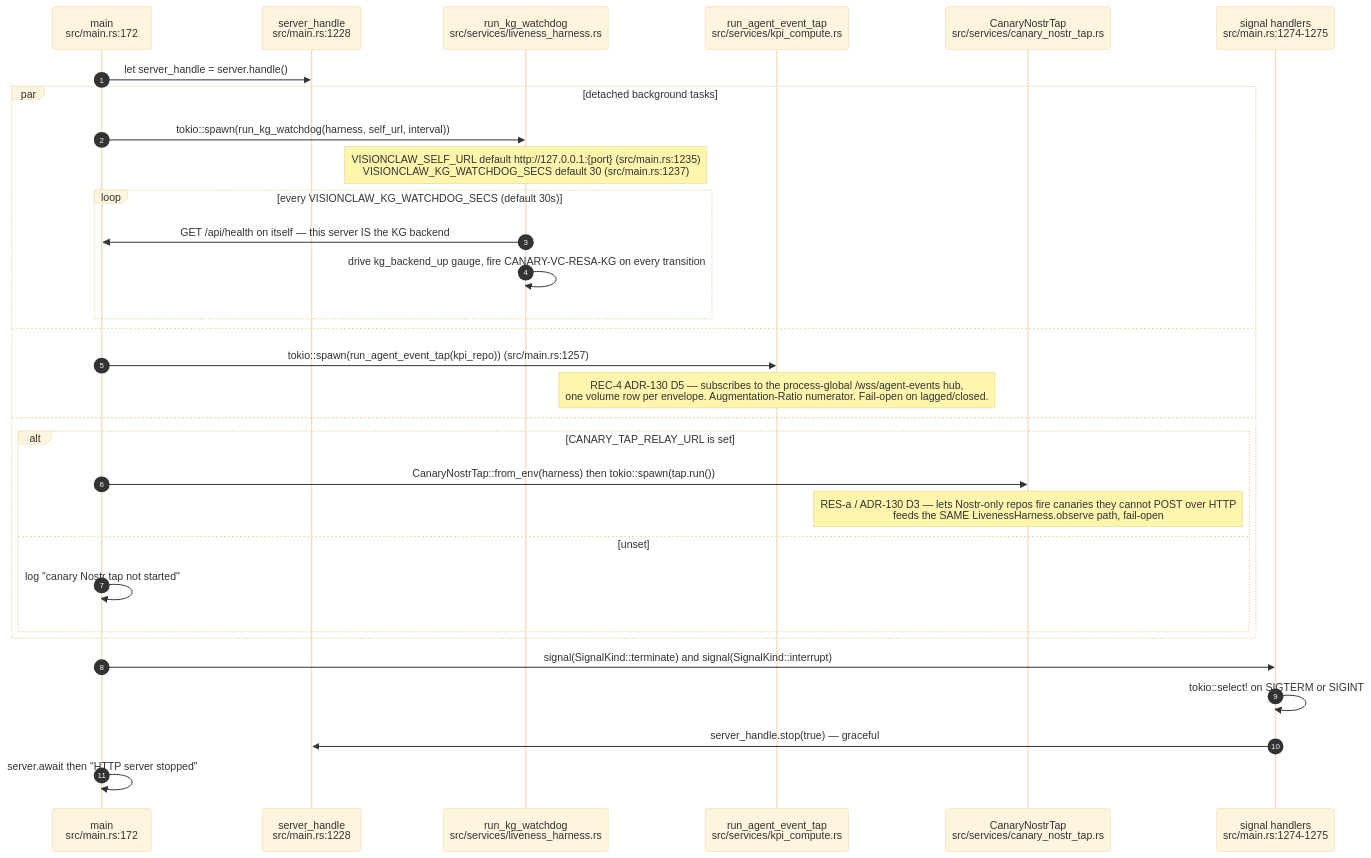
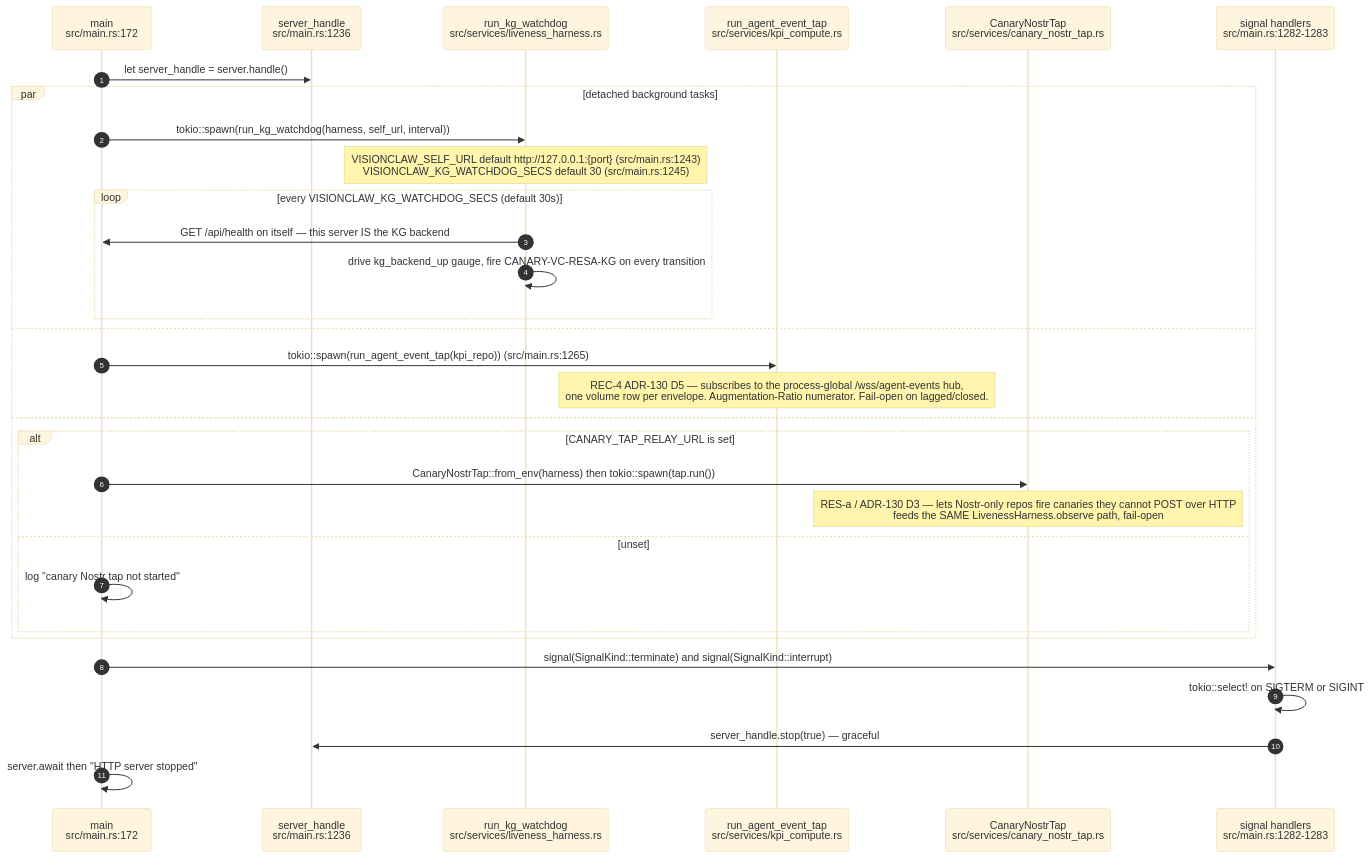
Before and after one commit to DreamLab-AI/VisionFlow: the seventh of 13 diagrams in docs/diagrams/visionclaw/01-boot-and-app-state.md, drawn with Mermaid (base theme). The commit also changed other lines of this file and 111 other files, not shown here.

Commit message:
docs(diagrams): align estate maps with current source

````diff
--- a/docs/diagrams/visionclaw/01-boot-and-app-state.md
+++ b/docs/diagrams/visionclaw/01-boot-and-app-state.md
@@ -328,34 +328,34 @@
 ```mermaid
 sequenceDiagram
     autonumber
     participant M as main<br/>src/main.rs:172
-    participant SH as server_handle<br/>src/main.rs:1228
+    participant SH as server_handle<br/>src/main.rs:1236
     participant WD as run_kg_watchdog<br/>src/services/liveness_harness.rs
     participant TAP as run_agent_event_tap<br/>src/services/kpi_compute.rs
     participant CT as CanaryNostrTap<br/>src/services/canary_nostr_tap.rs
-    participant SIG as signal handlers<br/>src/main.rs:1274-1275
+    participant SIG as signal handlers<br/>src/main.rs:1282-1283
 
     M->>SH: let server_handle = server.handle()
     par detached background tasks
         M->>WD: tokio::spawn(run_kg_watchdog(harness, self_url, interval))
-        Note over WD: VISIONCLAW_SELF_URL default http://127.0.0.1:{port} (src/main.rs:1235)<br/>VISIONCLAW_KG_WATCHDOG_SECS default 30 (src/main.rs:1237)
+        Note over WD: VISIONCLAW_SELF_URL default http://127.0.0.1:{port} (src/main.rs:1243)<br/>VISIONCLAW_KG_WATCHDOG_SECS default 30 (src/main.rs:1245)
         loop every VISIONCLAW_KG_WATCHDOG_SECS (default 30s)
             WD->>M: GET /api/health on itself — this server IS the KG backend
             WD->>WD: drive kg_backend_up gauge, fire CANARY-VC-RESA-KG on every transition
         end
     and
-        M->>TAP: tokio::spawn(run_agent_event_tap(kpi_repo)) (src/main.rs:1257)
+        M->>TAP: tokio::spawn(run_agent_event_tap(kpi_repo)) (src/main.rs:1265)
         Note over TAP: REC-4 ADR-130 D5 — subscribes to the process-global /wss/agent-events hub,<br/>one volume row per envelope. Augmentation-Ratio numerator. Fail-open on lagged/closed.
     and
         alt CANARY_TAP_RELAY_URL is set
             M->>CT: CanaryNostrTap::from_env(harness) then tokio::spawn(tap.run())
             Note over CT: RES-a / ADR-130 D3 — lets Nostr-only repos fire canaries they cannot POST over HTTP<br/>feeds the SAME LivenessHarness.observe path, fail-open
         else unset
             M->>M: log "canary Nostr tap not started"
         end
     end
     M->>SIG: signal(SignalKind::terminate) and signal(SignalKind::interrupt)
     SIG->>SIG: tokio::select! on SIGTERM or SIGINT
     SIG->>SH: server_handle.stop(true) — graceful
     M->>M: server.await then "HTTP server stopped"
 ```
````
